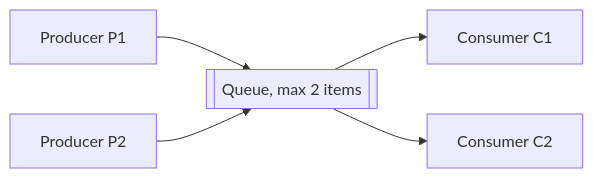
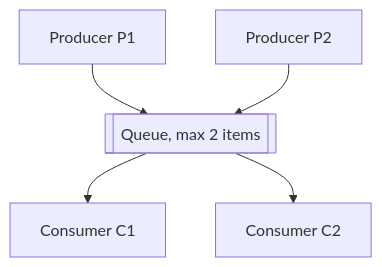
Before and after one commit to iamrs77/interview-ready: the diagram in content/low-level-design/concurrency/producer-consumer.mdx, drawn with Mermaid. The commit also changed 70 other files, not shown here.

````diff
--- a/content/low-level-design/concurrency/producer-consumer.mdx
+++ b/content/low-level-design/concurrency/producer-consumer.mdx
@@ -22,7 +22,7 @@
 ```mermaid
-flowchart LR
+flowchart TB
   P1["Producer P1"]:::service --> Q[["Queue, max 2 items"]]:::queue
   P2["Producer P2"]:::service --> Q
   Q --> C1["Consumer C1"]:::service
   Q --> C2["Consumer C2"]:::service
 ```
````
